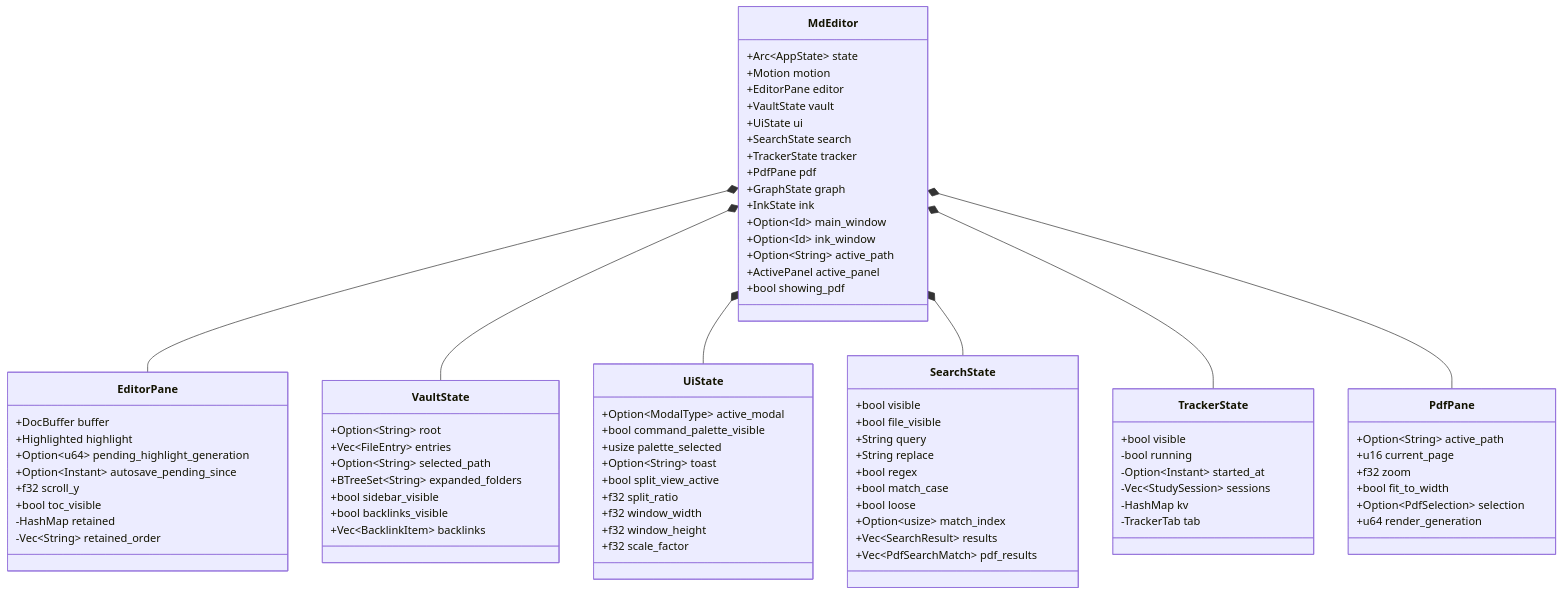
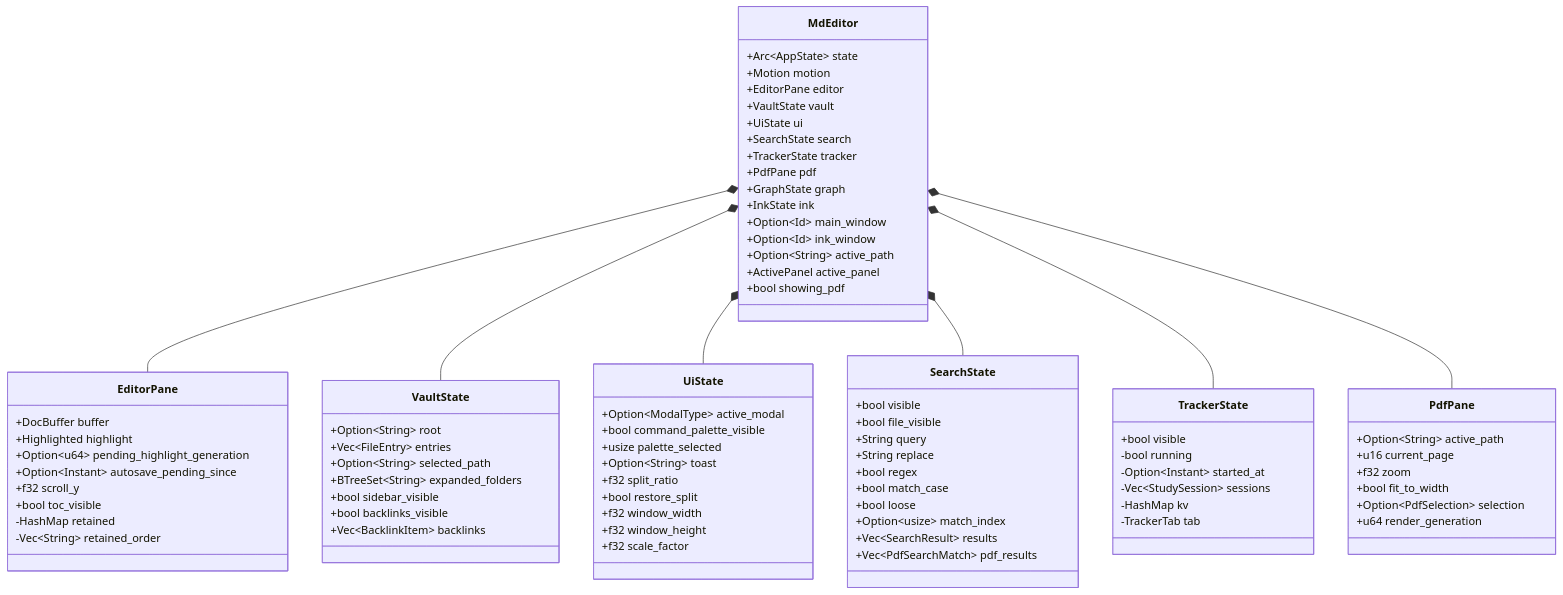
Before and after one commit to Suranjan77/md-editor: the second of 2 diagrams in wiki/Native-Desktop-GUI.md, drawn with Mermaid. The commit also changed other lines of this file and 38 other files, not shown here.

```diff
--- a/wiki/Native-Desktop-GUI.md
+++ b/wiki/Native-Desktop-GUI.md
@@ -142,8 +142,8 @@
         +bool command_palette_visible
         +usize palette_selected
         +Option~String~ toast
-        +bool split_view_active
         +f32 split_ratio
+        +bool restore_split
         +f32 window_width
         +f32 window_height
         +f32 scale_factor
```
